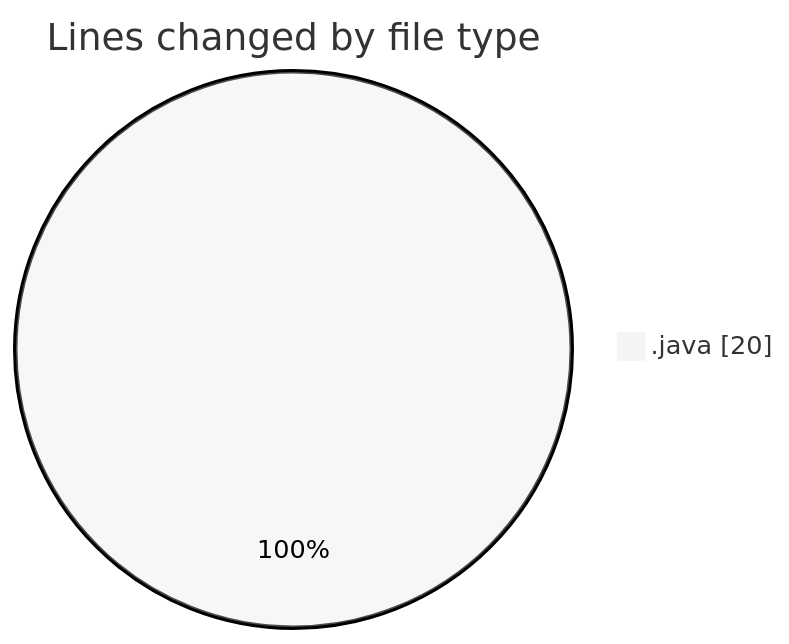
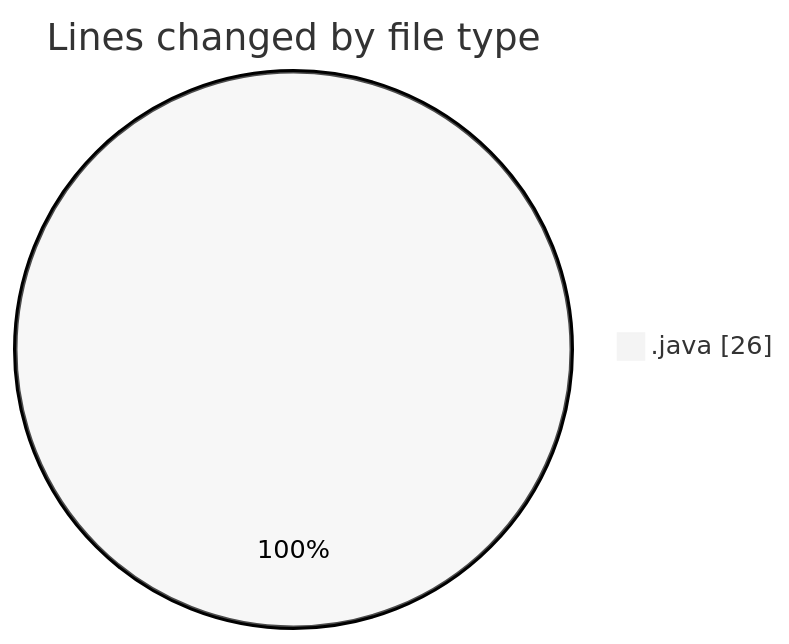
One commit to hasnaa123/code-tracking changed the first of 2 diagrams in 2026-03-07/java_basics/README.md. Above: the diagram before and after it, drawn with Mermaid (neutral theme). The commit also changed other lines of this file and 1 other file, not shown here.

````diff
--- a/2026-03-07/java_basics/README.md
+++ b/2026-03-07/java_basics/README.md
@@ -22,5 +22,5 @@
 ```mermaid
 pie showData
 title Lines changed by file type
-".java" : 20
+".java" : 26
 ```
````
